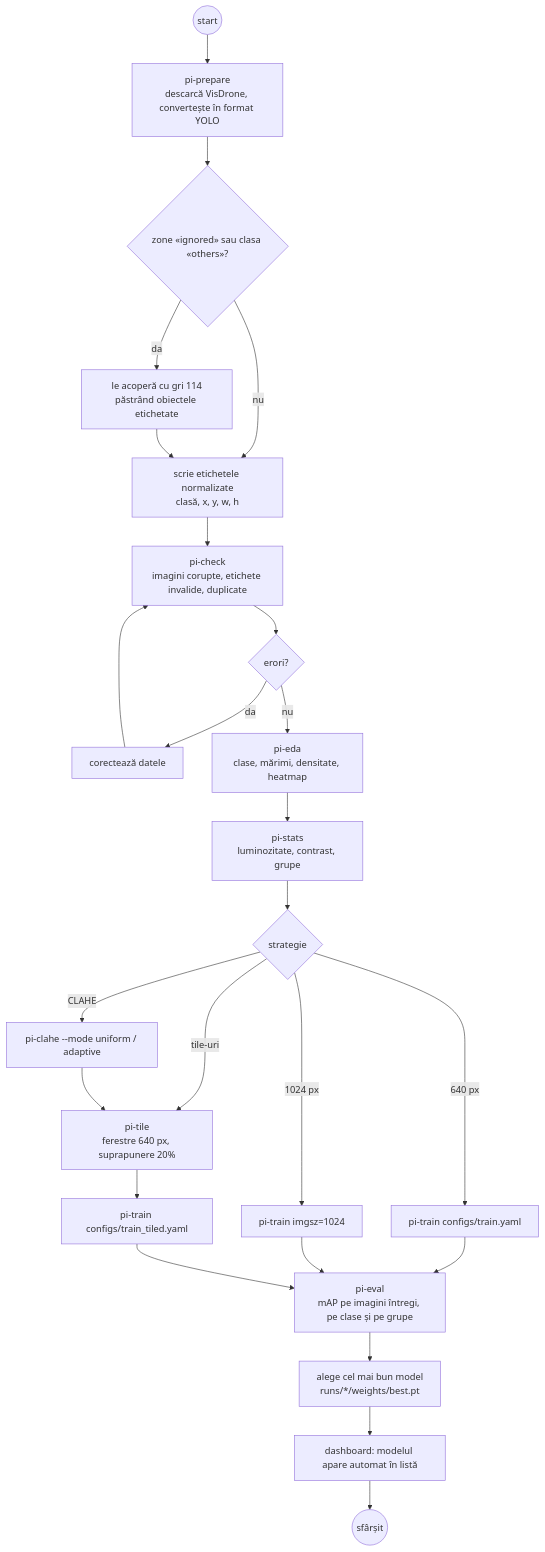
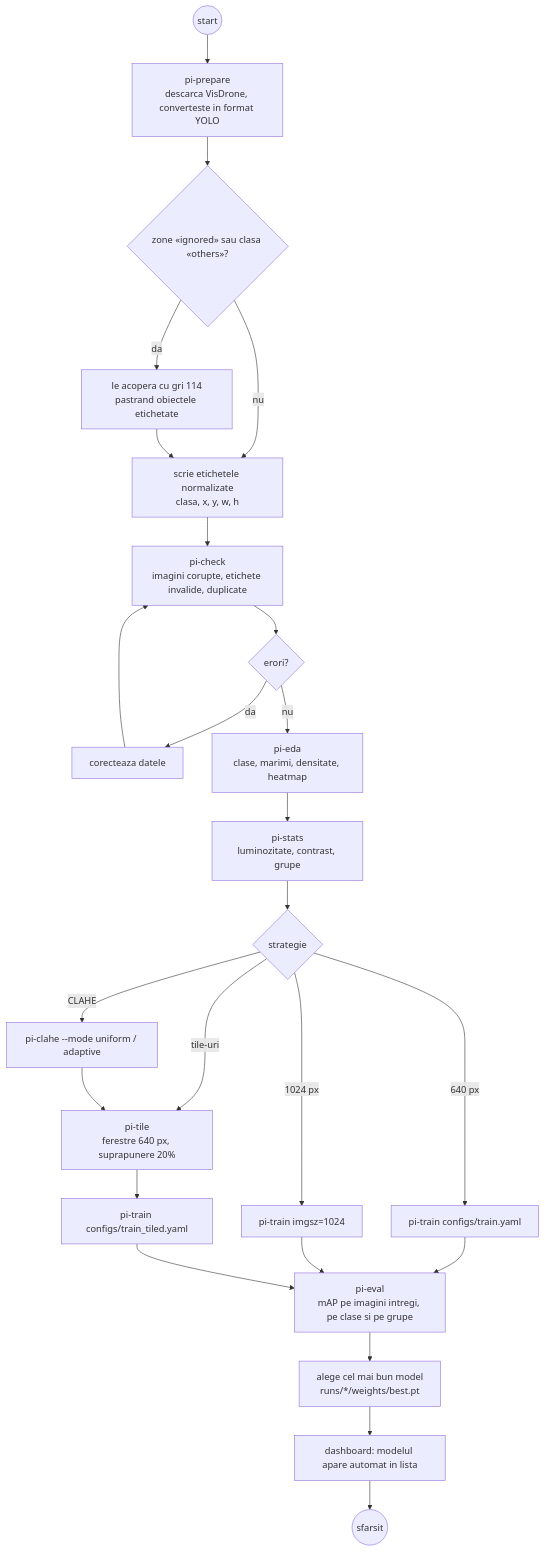
Before and after one commit to zaha27/pi-p: the sixth of 7 diagrams in docs/uml.md, drawn with Mermaid. The commit also changed other lines of this file and 57 other files, not shown here.

````diff
--- a/docs/uml.md
+++ b/docs/uml.md
@@ -377,22 +377,22 @@
 ```mermaid
 flowchart TD
-    start((start)) --> prep["pi-prepare<br/>descarcă VisDrone, convertește în format YOLO"]
+    start((start)) --> prep["pi-prepare<br/>descarca VisDrone, converteste in format YOLO"]
     prep --> mask{"zone «ignored» sau clasa «others»?"}
-    mask -- da --> fill["le acoperă cu gri 114<br/>păstrând obiectele etichetate"]
+    mask -- da --> fill["le acopera cu gri 114<br/>pastrand obiectele etichetate"]
     mask -- nu --> labels
-    fill --> labels["scrie etichetele normalizate<br/>clasă, x, y, w, h"]
+    fill --> labels["scrie etichetele normalizate<br/>clasa, x, y, w, h"]
     labels --> check["pi-check<br/>imagini corupte, etichete invalide, duplicate"]
     check --> ok{"erori?"}
-    ok -- da --> fix["corectează datele"] --> check
-    ok -- nu --> eda["pi-eda<br/>clase, mărimi, densitate, heatmap"]
+    ok -- da --> fix["corecteaza datele"] --> check
+    ok -- nu --> eda["pi-eda<br/>clase, marimi, densitate, heatmap"]
     eda --> stats["pi-stats<br/>luminozitate, contrast, grupe"]
     stats --> choice{"strategie"}
     choice -- "640 px" --> t640["pi-train configs/train.yaml"]
     choice -- "1024 px" --> t1024["pi-train imgsz=1024"]
     choice -- "tile-uri" --> tile["pi-tile<br/>ferestre 640 px, suprapunere 20%"] --> ttile["pi-train configs/train_tiled.yaml"]
     choice -- "CLAHE" --> clahe["pi-clahe --mode uniform / adaptive"] --> tile
-    t640 & t1024 & ttile --> eval["pi-eval<br/>mAP pe imagini întregi, pe clase și pe grupe"]
+    t640 & t1024 & ttile --> eval["pi-eval<br/>mAP pe imagini intregi, pe clase si pe grupe"]
     eval --> best["alege cel mai bun model<br/>runs/*/weights/best.pt"]
-    best --> app["dashboard: modelul apare automat în listă"]
-    app --> stop((sfârșit))
+    best --> app["dashboard: modelul apare automat in lista"]
+    app --> stop((sfarsit))
 ```
````
